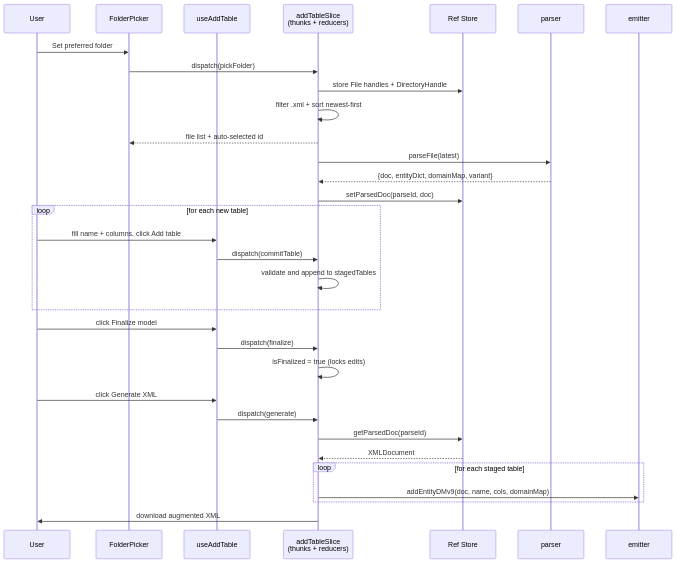
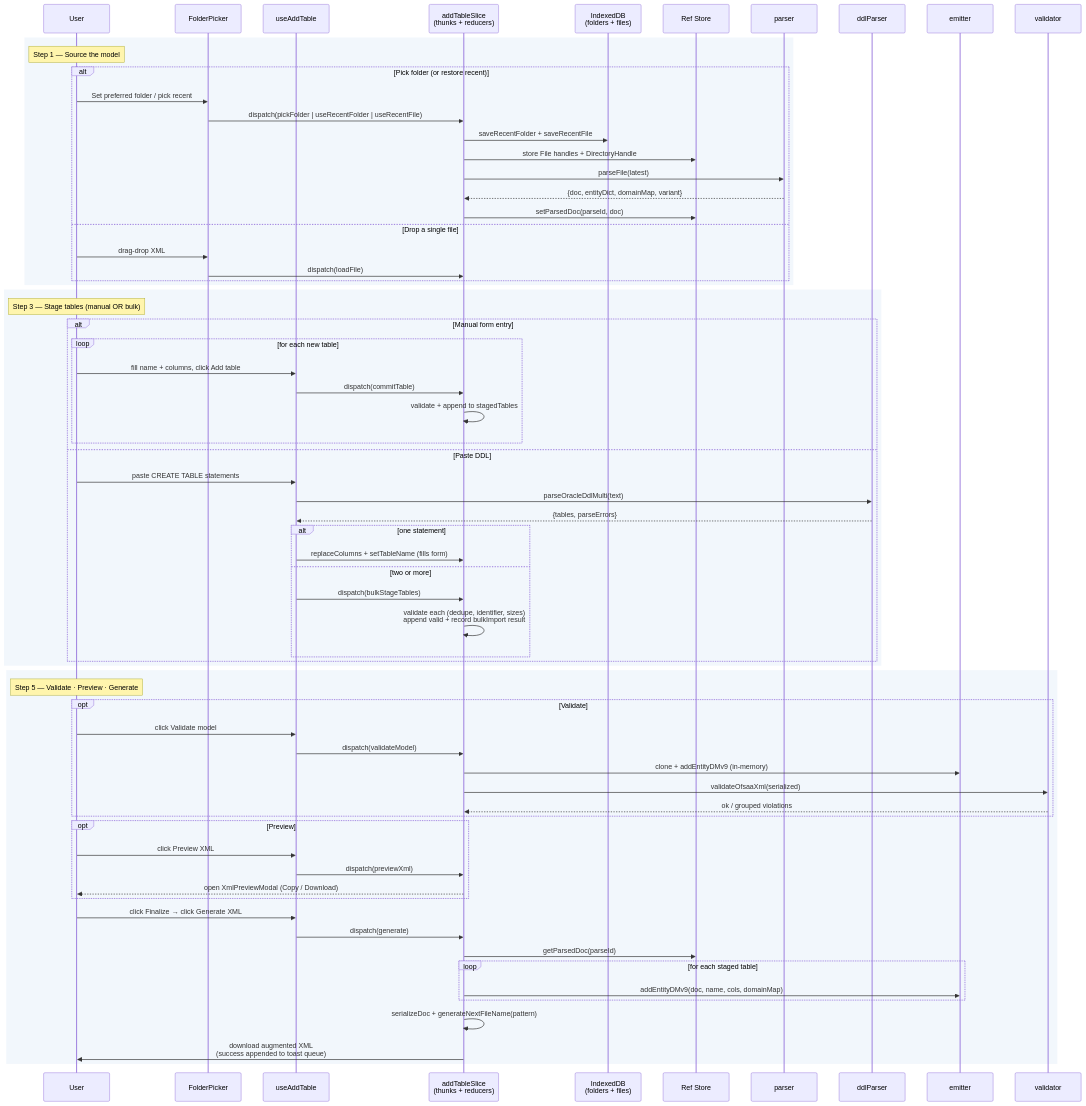
The second of 4 diagrams in README.md (OsamaAdeel/Erwin-Data-Modeller-Lite), drawn with Mermaid before and after one commit. The commit also changed other lines of this file and 1 other file, not shown here.

First line of the commit message:
docs: refresh README and architecture for the current feature set

````diff
--- a/README.md
+++ b/README.md
@@ -106,38 +127,74 @@
 ```mermaid
 sequenceDiagram
     participant User
     participant FolderPicker
     participant useAddTable
     participant addTableSlice as addTableSlice<br/>(thunks + reducers)
+    participant IDB as IndexedDB<br/>(folders + files)
     participant Refs as Ref Store
     participant parser
+    participant ddl as ddlParser
     participant emitter
+    participant validator
 
-    User->>FolderPicker: Set preferred folder
-    FolderPicker->>addTableSlice: dispatch(pickFolder)
-    addTableSlice->>Refs: store File handles + DirectoryHandle
-    addTableSlice->>addTableSlice: filter .xml + sort newest-first
-    addTableSlice-->>FolderPicker: file list + auto-selected id
-    addTableSlice->>parser: parseFile(latest)
-    parser-->>addTableSlice: {doc, entityDict, domainMap, variant}
-    addTableSlice->>Refs: setParsedDoc(parseId, doc)
-
-    loop for each new table
-        User->>useAddTable: fill name + columns, click Add table
-        useAddTable->>addTableSlice: dispatch(commitTable)
-        addTableSlice->>addTableSlice: validate and append to stagedTables
+    rect rgba(0, 100, 200, 0.05)
+        Note over User: Step 1 — Source the model
+        alt Pick folder (or restore recent)
+            User->>FolderPicker: Set preferred folder / pick recent
+            FolderPicker->>addTableSlice: dispatch(pickFolder | useRecentFolder | useRecentFile)
+            addTableSlice->>IDB: saveRecentFolder + saveRecentFile
+            addTableSlice->>Refs: store File handles + DirectoryHandle
+            addTableSlice->>parser: parseFile(latest)
+            parser-->>addTableSlice: {doc, entityDict, domainMap, variant}
+            addTableSlice->>Refs: setParsedDoc(parseId, doc)
+        else Drop a single file
+            User->>FolderPicker: drag-drop XML
+            FolderPicker->>addTableSlice: dispatch(loadFile)
+        end
     end
 
-    User->>useAddTable: click Finalize model
-    useAddTable->>addTableSlice: dispatch(finalize)
-    addTableSlice->>addTableSlice: isFinalized = true (locks edits)
+    rect rgba(0, 100, 200, 0.05)
+        Note over User: Step 3 — Stage tables (manual OR bulk)
+        alt Manual form entry
+            loop for each new table
+                User->>useAddTable: fill name + columns, click Add table
+                useAddTable->>addTableSlice: dispatch(commitTable)
+                addTableSlice->>addTableSlice: validate + append to stagedTables
+            end
+        else Paste DDL
+            User->>useAddTable: paste CREATE TABLE statements
+            useAddTable->>ddl: parseOracleDdlMulti(text)
+            ddl-->>useAddTable: {tables, parseErrors}
+            alt one statement
+                useAddTable->>addTableSlice: replaceColumns + setTableName (fills form)
+            else two or more
+                useAddTable->>addTableSlice: dispatch(bulkStageTables)
+                addTableSlice->>addTableSlice: validate each (dedupe, identifier, sizes)<br/>append valid + record bulkImport result
+            end
+        end
+    end
 
-    User->>useAddTable: click Generate XML
-    useAddTable->>addTableSlice: dispatch(generate)
-    addTableSlice->>Refs: getParsedDoc(parseId)
-    Refs-->>addTableSlice: XMLDocument
-    loop for each staged table
-        addTableSlice->>emitter: addEntityDMv9(doc, name, cols, domainMap)
+    rect rgba(0, 100, 200, 0.05)
+        Note over User: Step 5 — Validate · Preview · Generate
+        opt Validate
+            User->>useAddTable: click Validate model
+            useAddTable->>addTableSlice: dispatch(validateModel)
+            addTableSlice->>emitter: clone + addEntityDMv9 (in-memory)
+            addTableSlice->>validator: validateOfsaaXml(serialized)
+            validator-->>addTableSlice: ok / grouped violations
+        end
+        opt Preview
+            User->>useAddTable: click Preview XML
+            useAddTable->>addTableSlice: dispatch(previewXml)
+            addTableSlice-->>User: open XmlPreviewModal (Copy / Download)
+        end
+        User->>useAddTable: click Finalize → click Generate XML
+        useAddTable->>addTableSlice: dispatch(generate)
+        addTableSlice->>Refs: getParsedDoc(parseId)
+        loop for each staged table
+            addTableSlice->>emitter: addEntityDMv9(doc, name, cols, domainMap)
+        end
+        addTableSlice->>addTableSlice: serializeDoc + generateNextFileName(pattern)
+        addTableSlice->>User: download augmented XML<br/>(success appended to toast queue)
     end
-    addTableSlice->>User: download augmented XML
 ```
````
